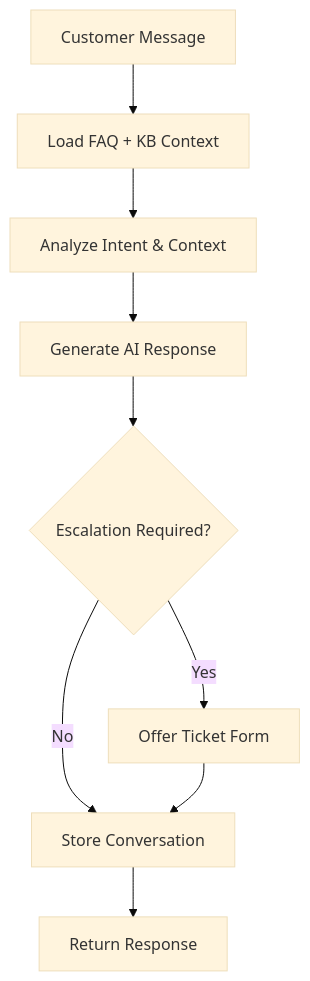
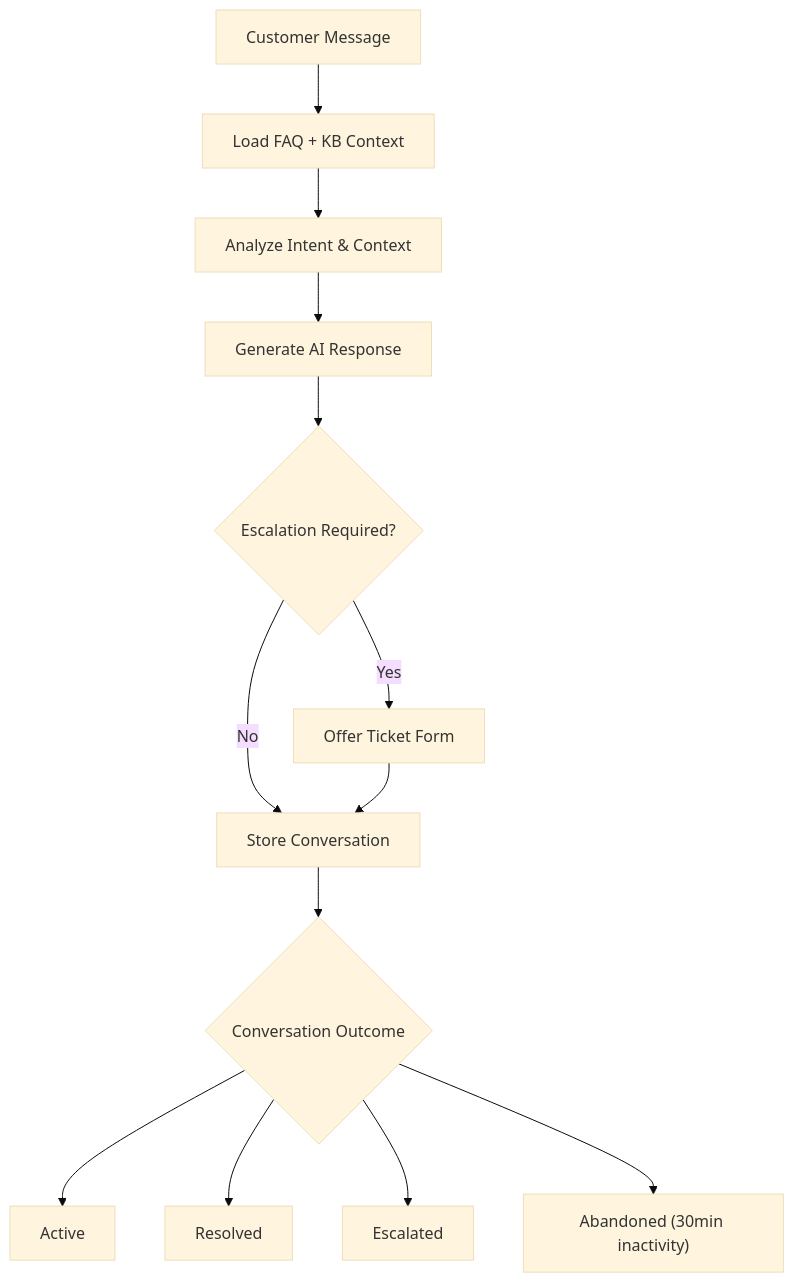
Before and after one commit to younesgamer68/helpdesk-system: the fourth of 12 diagrams in .qoder/repowiki/en/content/AI Integration/AI Integration.md, drawn with Mermaid (base theme). The commit also changed other lines of this file and 12 other files, not shown here.

````diff
--- a/.qoder/repowiki/en/content/AI Integration/AI Integration.md
+++ b/.qoder/repowiki/en/content/AI Integration/AI Integration.md
@@ -186,11 +228,15 @@
 ```mermaid
 flowchart TD
 Start["Customer Message"] --> Context["Load FAQ + KB Context"]
 Context --> Analyze["Analyze Intent & Context"]
 Analyze --> AI["Generate AI Response"]
 AI --> Escalation{"Escalation Required?"}
 Escalation --> |Yes| Escalate["Offer Ticket Form"]
 Escalation --> |No| Store["Store Conversation"]
-Store --> End["Return Response"]
+Store --> Outcome{"Conversation Outcome"}
+Outcome --> Active["Active"]
+Outcome --> Resolved["Resolved"]
+Outcome --> Escalated["Escalated"]
+Outcome --> Abandoned["Abandoned (30min inactivity)"]
 Escalate --> Store
 ```
````
